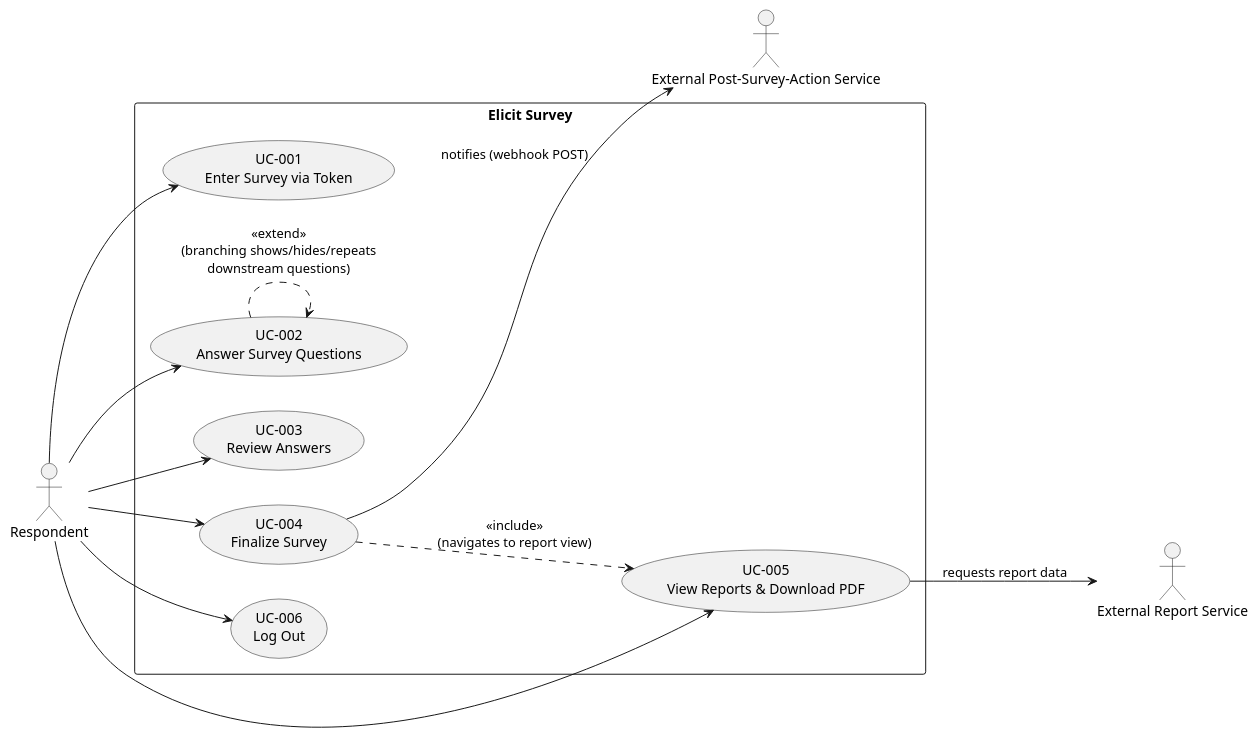
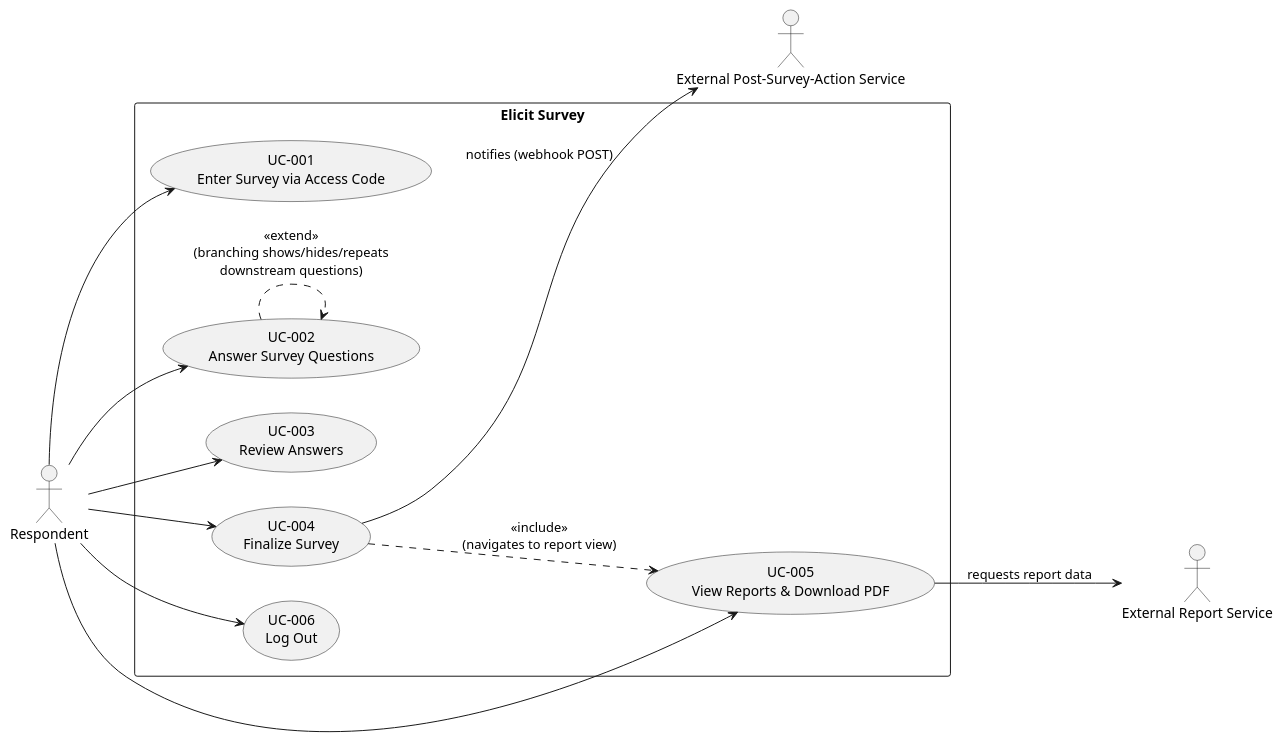
Before and after one commit to ElicitSoftware/Survey: the diagram in docs/use_cases.puml, drawn with PlantUML. The commit also changed 40 other files, not shown here.

First line of the commit message:
Rename the respondent token to access code

```diff
--- a/docs/use_cases.puml
+++ b/docs/use_cases.puml
@@ -1,31 +1,31 @@
 @startuml
 left to right direction
 skinparam packageStyle rectangle
 
 actor "Respondent" as Respondent
 actor "External Report Service" as ReportSvc
 actor "External Post-Survey-Action Service" as PsaSvc
 
 rectangle "Elicit Survey" {
-  usecase "UC-001\nEnter Survey via Token" as UC001
+  usecase "UC-001\nEnter Survey via Access Code" as UC001
   usecase "UC-002\nAnswer Survey Questions" as UC002
   usecase "UC-003\nReview Answers" as UC003
   usecase "UC-004\nFinalize Survey" as UC004
   usecase "UC-005\nView Reports & Download PDF" as UC005
   usecase "UC-006\nLog Out" as UC006
 }
 
 Respondent --> UC001
 Respondent --> UC002
 Respondent --> UC003
 Respondent --> UC004
 Respondent --> UC005
 Respondent --> UC006
 
 UC004 ..> UC005 : <<include>>\n(navigates to report view)
 UC002 ..> UC002 : <<extend>>\n(branching shows/hides/repeats\ndownstream questions)
 
 UC004 --> PsaSvc : notifies (webhook POST)
 UC005 --> ReportSvc : requests report data
 
 @enduml
```
